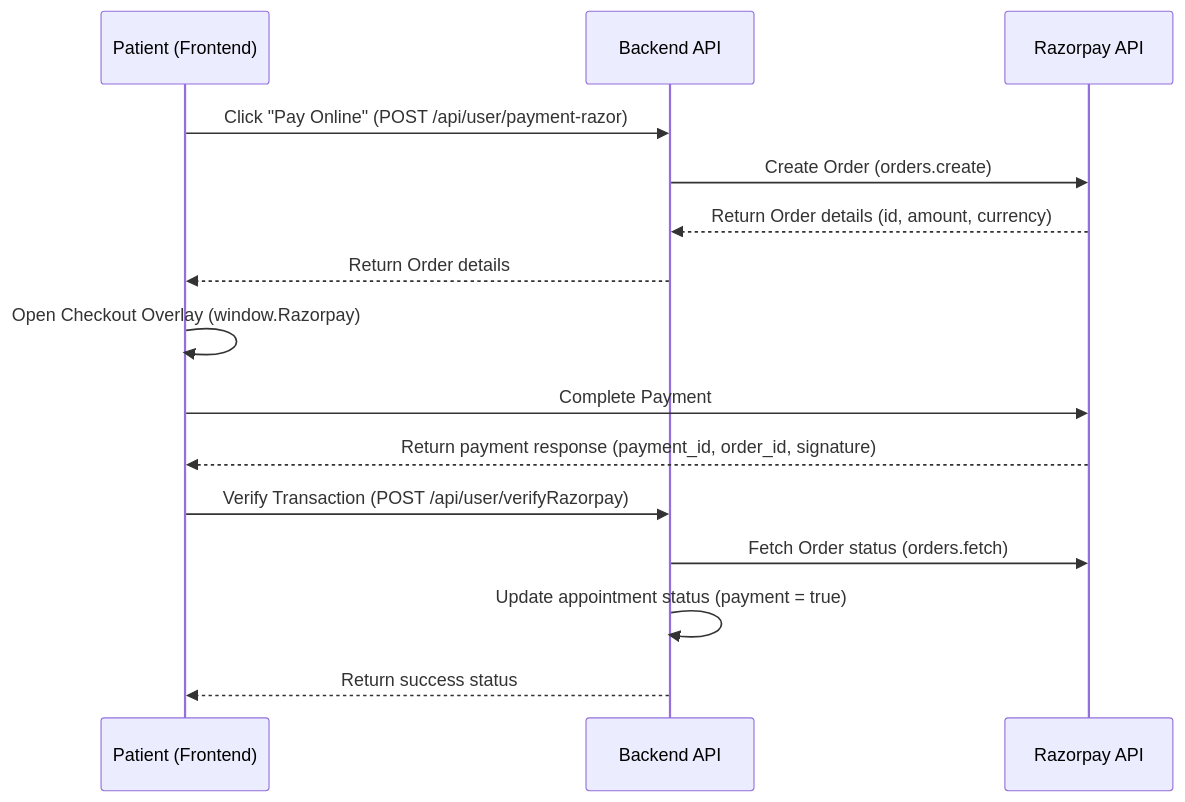
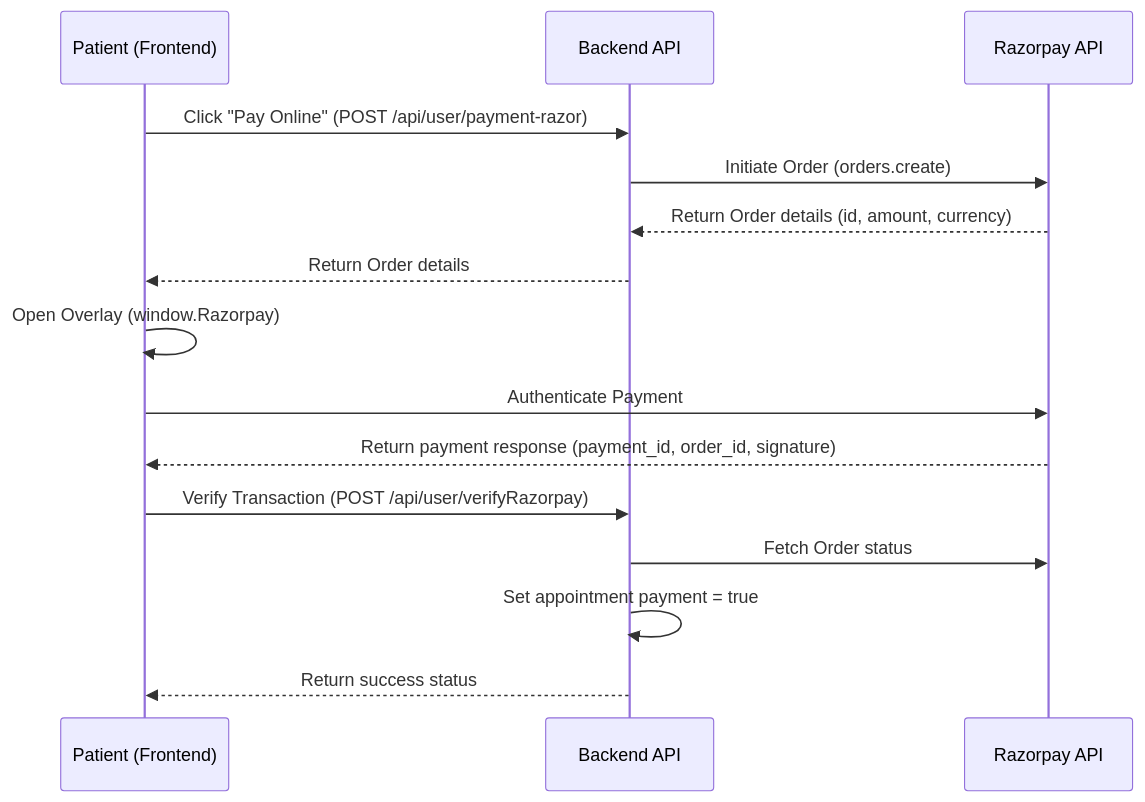
Before and after one commit to aviraltrip/BookMyDoc: the diagram in README.md, drawn with Mermaid. The commit also changed other lines of this file, not shown here.

````diff
--- a/README.md
+++ b/README.md
@@ -92,18 +73,18 @@
 ```mermaid
 sequenceDiagram
     participant User as Patient (Frontend)
     participant Server as Backend API
     participant Razorpay as Razorpay API
 
     User->>Server: Click "Pay Online" (POST /api/user/payment-razor)
-    Server->>Razorpay: Create Order (orders.create)
+    Server->>Razorpay: Initiate Order (orders.create)
     Razorpay-->>Server: Return Order details (id, amount, currency)
     Server-->>User: Return Order details
-    User->>User: Open Checkout Overlay (window.Razorpay)
-    User->>Razorpay: Complete Payment
+    User->>User: Open Overlay (window.Razorpay)
+    User->>Razorpay: Authenticate Payment
     Razorpay-->>User: Return payment response (payment_id, order_id, signature)
     User->>Server: Verify Transaction (POST /api/user/verifyRazorpay)
-    Server->>Razorpay: Fetch Order status (orders.fetch)
-    Server->>Server: Update appointment status (payment = true)
+    Server->>Razorpay: Fetch Order status
+    Server->>Server: Set appointment payment = true
     Server-->>User: Return success status
 ```
````
